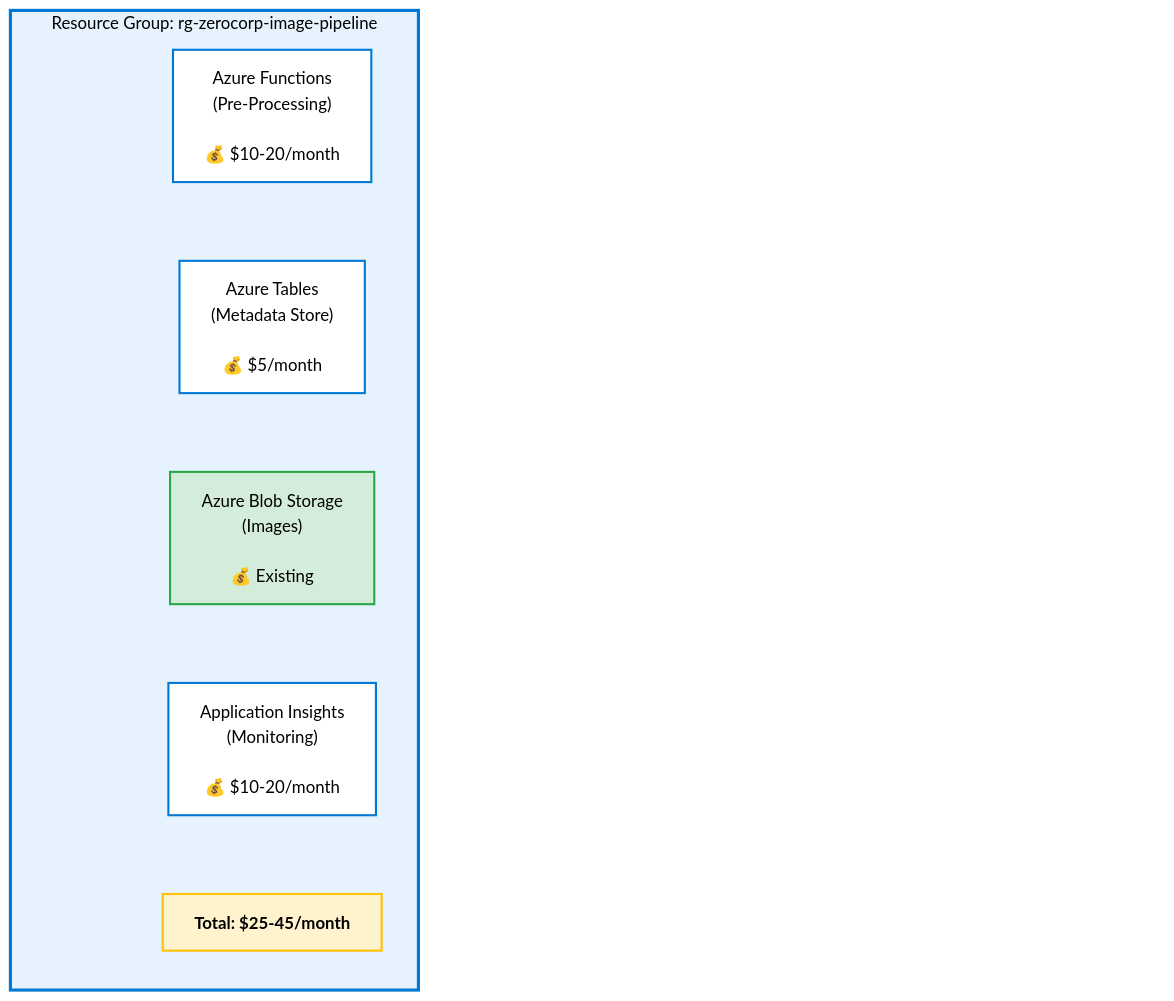
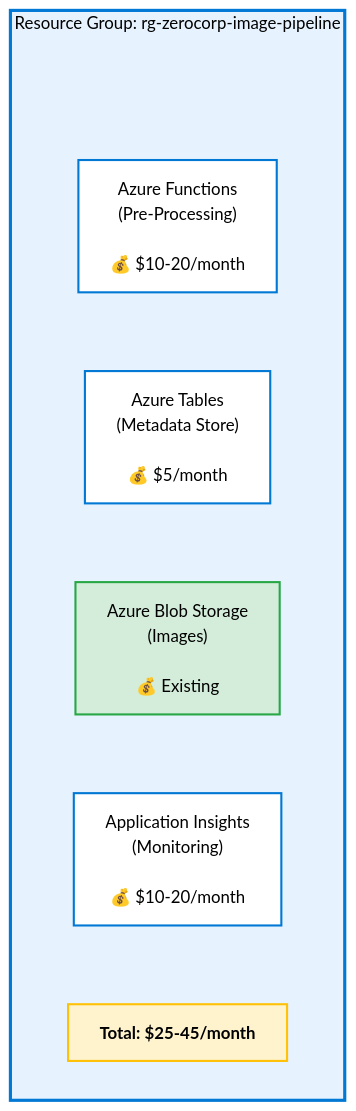
The fourth of 5 diagrams in 02-The-Bug/02_Solution_Architecture.md (anandSgunti/cloud), drawn with Mermaid before and after one commit.

````diff
--- a/02-The-Bug/02_Solution_Architecture.md
+++ b/02-The-Bug/02_Solution_Architecture.md
@@ -201,35 +201,27 @@
 ```mermaid
 graph TB
     subgraph RG["Resource Group: rg-zerocorp-image-pipeline"]
         direction TB
         SPACER1[" "]
         AF["Azure Functions<br/>(Pre-Processing)<br/><br/>💰 $10-20/month"]
-   
         AT["Azure Tables<br/>(Metadata Store)<br/><br/>💰 $5/month"]
-    
         BS["Azure Blob Storage<br/>(Images)<br/><br/>💰 Existing"]
-    
         AI["Application Insights<br/>(Monitoring)<br/><br/>💰 $10-20/month"]
-  
         TOTAL["Total: $25-45/month"]
         
-     
-        AF ~~~  AT
-        AT ~~~  BS
-        BS ~~~  AI
+        SPACER1 ~~~ AF
+        AF ~~~ AT
+        AT ~~~ BS
+        BS ~~~ AI
         AI ~~~ TOTAL
     end
     
     style RG fill:#e6f3ff,stroke:#0078d4,stroke-width:3px,color:#000
     style AF fill:#fff,stroke:#0078d4,stroke-width:2px,color:#000
     style AT fill:#fff,stroke:#0078d4,stroke-width:2px,color:#000
     style BS fill:#d4edda,stroke:#28a745,stroke-width:2px,color:#000
     style AI fill:#fff,stroke:#0078d4,stroke-width:2px,color:#000
     style TOTAL fill:#fff3cd,stroke:#ffc107,stroke-width:2px,color:#000,font-weight:bold
     
     style SPACER1 fill:none,stroke:none,color:transparent
-    style SPACER2 fill:none,stroke:none,color:transparent
-    style SPACER3 fill:none,stroke:none,color:transparent
-    style SPACER4 fill:none,stroke:none,color:transparent
-    style SPACER5 fill:none,stroke:none,color:transparent
 ```
````
